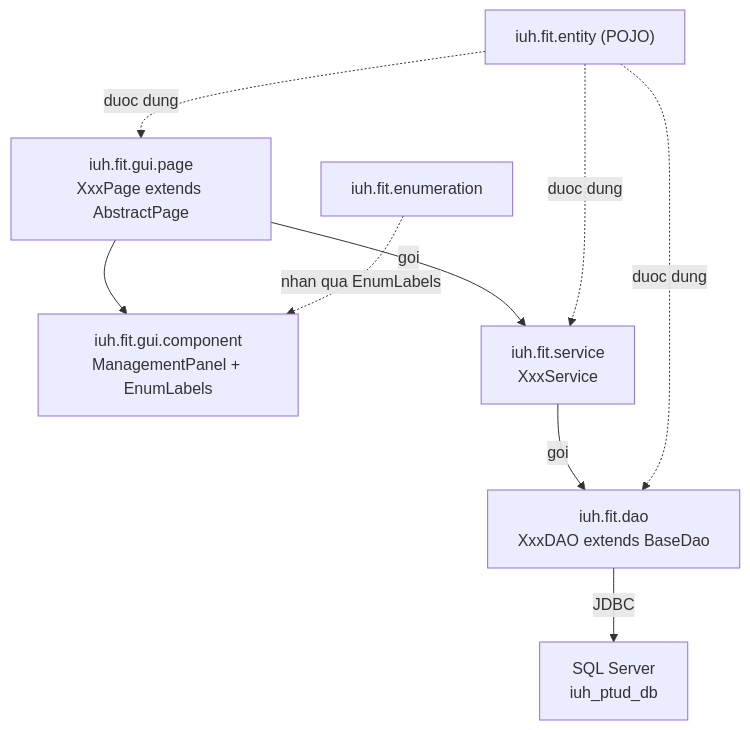
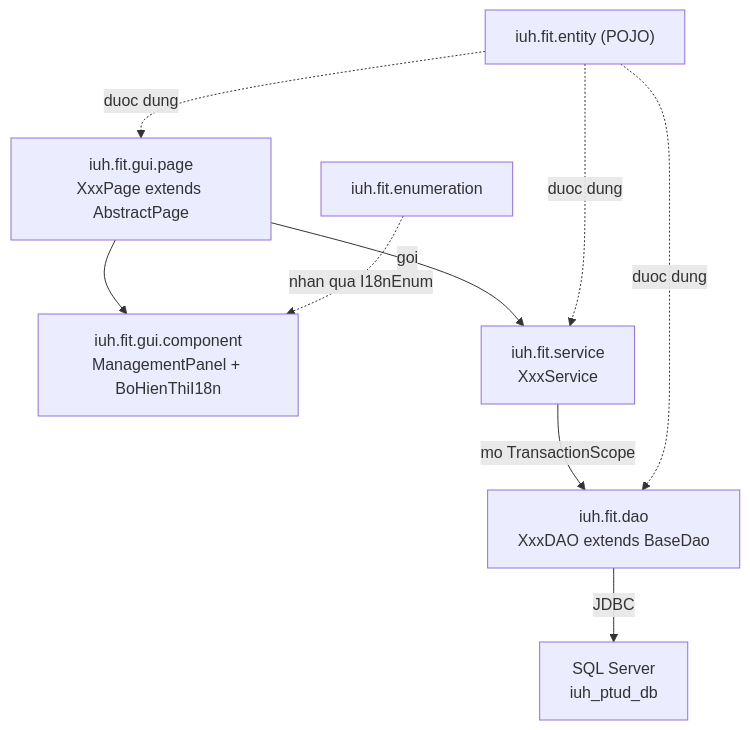
The third of 10 diagrams in assets/tasks/DGRAPH.md (MaiTheHao/iuh-fall2026-ptud), drawn with Mermaid before and after one commit. The commit also changed other lines of this file and 5 other files, not shown here.

````diff
--- a/assets/tasks/DGRAPH.md
+++ b/assets/tasks/DGRAPH.md
@@ -79,20 +69,20 @@
 ```mermaid
 flowchart TD
     gui["iuh.fit.gui.page<br/>XxxPage extends AbstractPage"]
-    comp["iuh.fit.gui.component<br/>ManagementPanel + EnumLabels"]
+    comp["iuh.fit.gui.component<br/>ManagementPanel + BoHienThiI18n"]
     svc["iuh.fit.service<br/>XxxService"]
     dao["iuh.fit.dao<br/>XxxDAO extends BaseDao"]
     db["SQL Server<br/>iuh_ptud_db"]
 
     gui --> comp
     gui -->|"goi"| svc
-    svc -->|"goi"| dao
+    svc -->|"mo TransactionScope"| dao
     dao -->|"JDBC"| db
 
     ent["iuh.fit.entity (POJO)"]
     ent -.->|"duoc dung"| gui
     ent -.->|"duoc dung"| svc
     ent -.->|"duoc dung"| dao
     enumx["iuh.fit.enumeration"]
-    enumx -.->|"nhan qua EnumLabels"| comp
+    enumx -.->|"nhan qua I18nEnum"| comp
 ```
````
